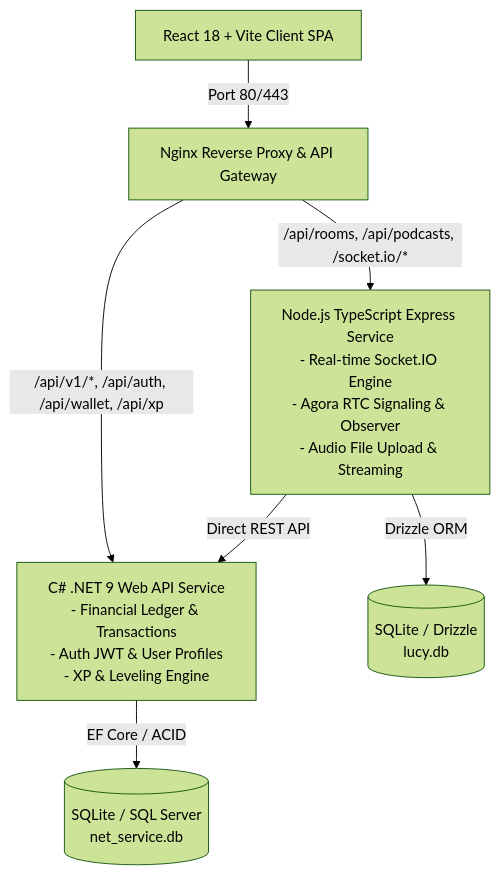
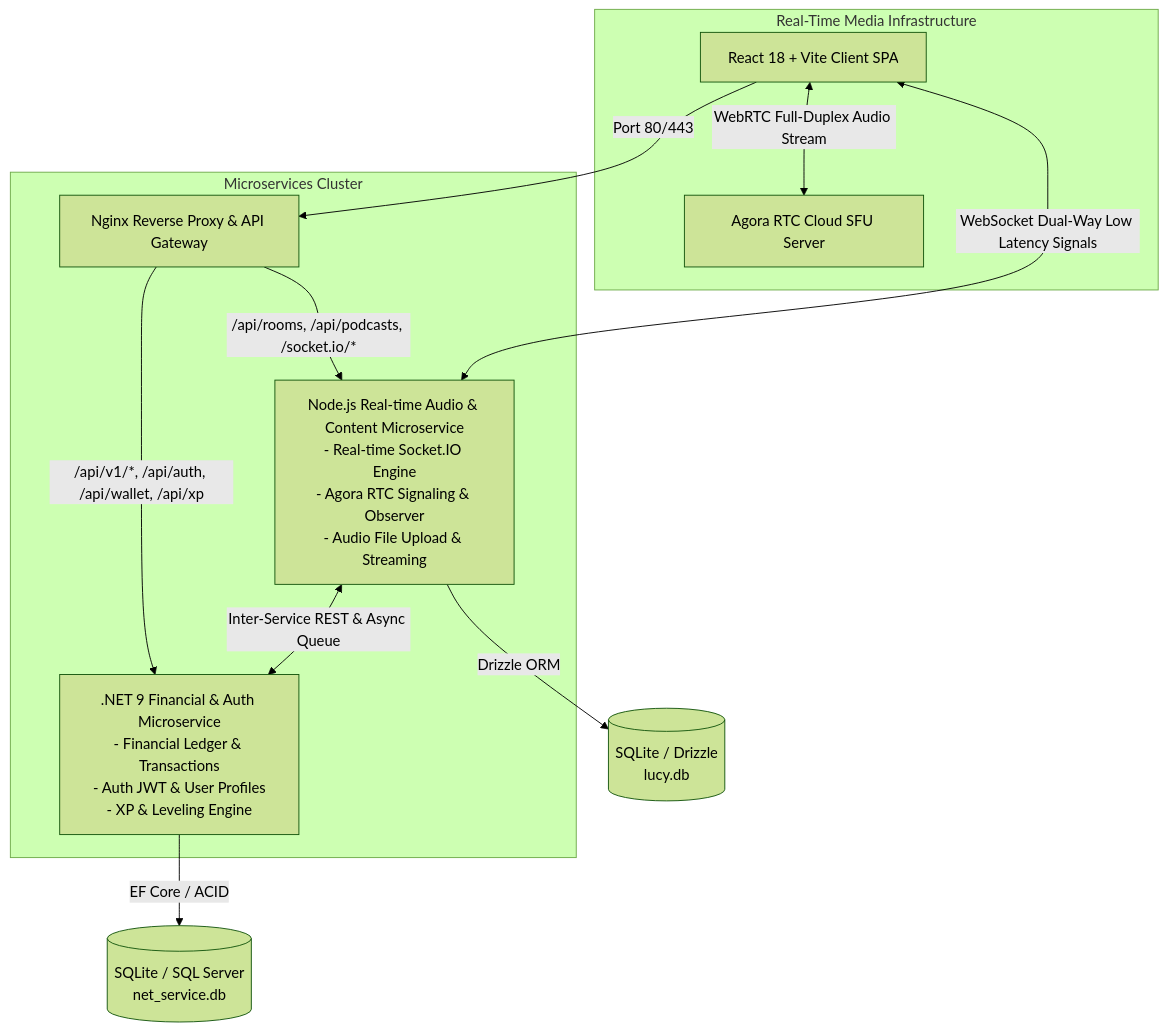
The diagram in ARCHITECTURE_JUSTIFICATION.md (TomOutfit/Project_SWD392_LUCY), drawn with Mermaid (forest theme) before and after one commit. The commit also changed other lines of this file, not shown here.

Commit message:
docs(architecture): emphasize Polyglot Microservices and Dual-Channel Real-Time System Architecture

````diff
--- a/ARCHITECTURE_JUSTIFICATION.md
+++ b/ARCHITECTURE_JUSTIFICATION.md
@@ -11,11 +13,18 @@
 ```mermaid
 graph TD
     Client[React 18 + Vite Client SPA] -->|Port 80/443| Gateway[Nginx Reverse Proxy & API Gateway]
     
-    Gateway -->|/api/v1/*, /api/auth, /api/wallet, /api/xp| NET[C# .NET 9 Web API Service\n- Financial Ledger & Transactions\n- Auth JWT & User Profiles\n- XP & Leveling Engine]
-    Gateway -->|/api/rooms, /api/podcasts, /socket.io/*| NJS[Node.js TypeScript Express Service\n- Real-time Socket.IO Engine\n- Agora RTC Signaling & Observer\n- Audio File Upload & Streaming]
+    subgraph "Microservices Cluster"
+        Gateway -->|/api/v1/*, /api/auth, /api/wallet, /api/xp| NET[.NET 9 Financial & Auth Microservice\n- Financial Ledger & Transactions\n- Auth JWT & User Profiles\n- XP & Leveling Engine]
+        Gateway -->|/api/rooms, /api/podcasts, /socket.io/*| NJS[Node.js Real-time Audio & Content Microservice\n- Real-time Socket.IO Engine\n- Agora RTC Signaling & Observer\n- Audio File Upload & Streaming]
+    end
+
+    subgraph "Real-Time Media Infrastructure"
+        Client <-->|WebRTC Full-Duplex Audio Stream| Agora[Agora RTC Cloud SFU Server]
+        Client <-->|WebSocket Dual-Way Low Latency Signals| NJS
+    end
     
     NET -->|EF Core / ACID| DB1[(SQLite / SQL Server\nnet_service.db)]
     NJS -->|Drizzle ORM| DB2[(SQLite / Drizzle\nlucy.db)]
-    NJS -->|Direct REST API| NET
+    NJS <-->|Inter-Service REST & Async Queue| NET
 ```
````
